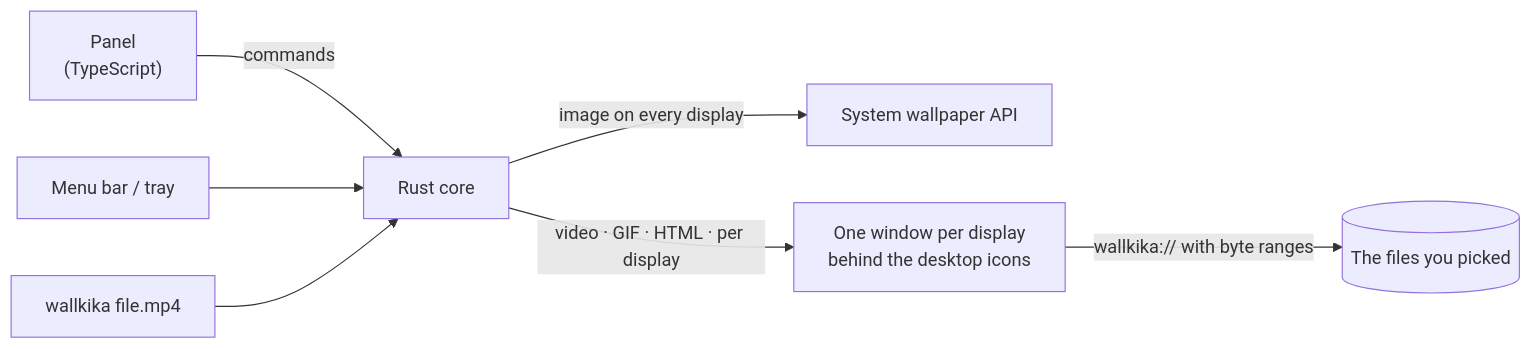
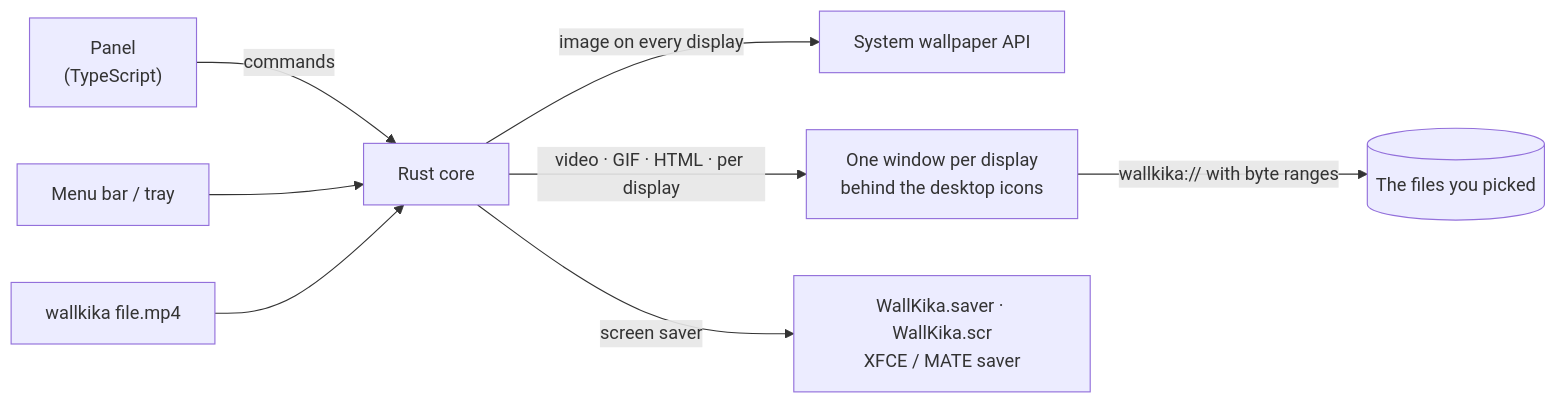
Before and after one commit to cristiandjr/wallkika: the diagram in README.md, drawn with Mermaid. The commit also changed other lines of this file and 34 other files, not shown here.

Commit message:
Show the wallpaper on the screen saver and lock screen on macOS, Windows and Linux and keep videos at real speed after lock or sleep (v0.3.0)

````diff
--- a/README.md
+++ b/README.md
@@ -92,9 +100,10 @@
 ```mermaid
 flowchart LR
     Panel["Panel<br/>(TypeScript)"] -->|commands| Engine
     Tray["Menu bar / tray"] --> Engine
     CLI["wallkika file.mp4"] --> Engine
     Engine["Rust core"] -->|"image on every display"| Native["System wallpaper API"]
     Engine -->|"video · GIF · HTML · per display"| Live["One window per display<br/>behind the desktop icons"]
+    Engine -->|"screen saver"| Saver["WallKika.saver · WallKika.scr<br/>XFCE / MATE saver"]
     Live -->|"wallkika:// with byte ranges"| Files[("The files you picked")]
 ```
````
